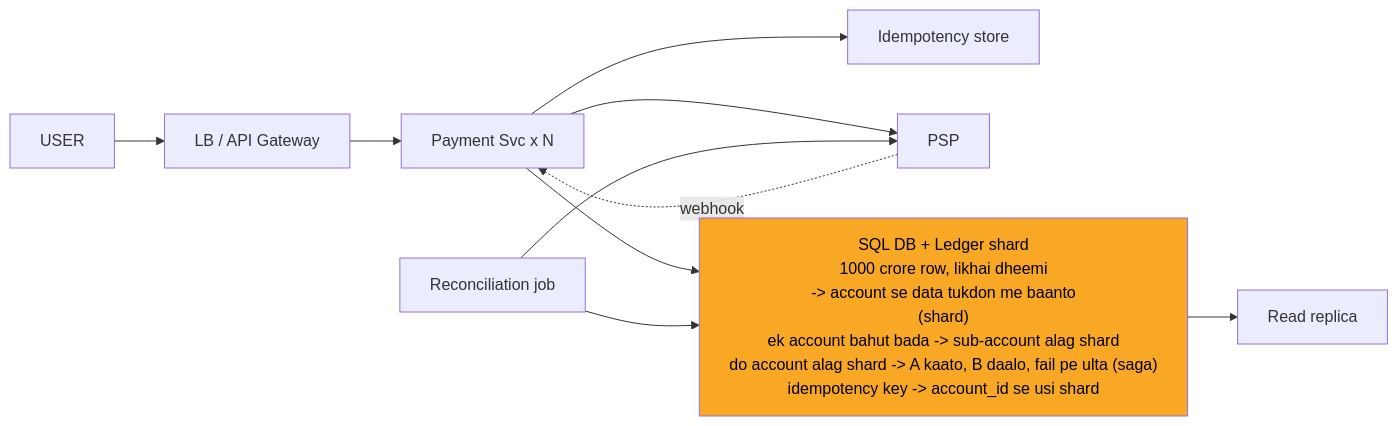
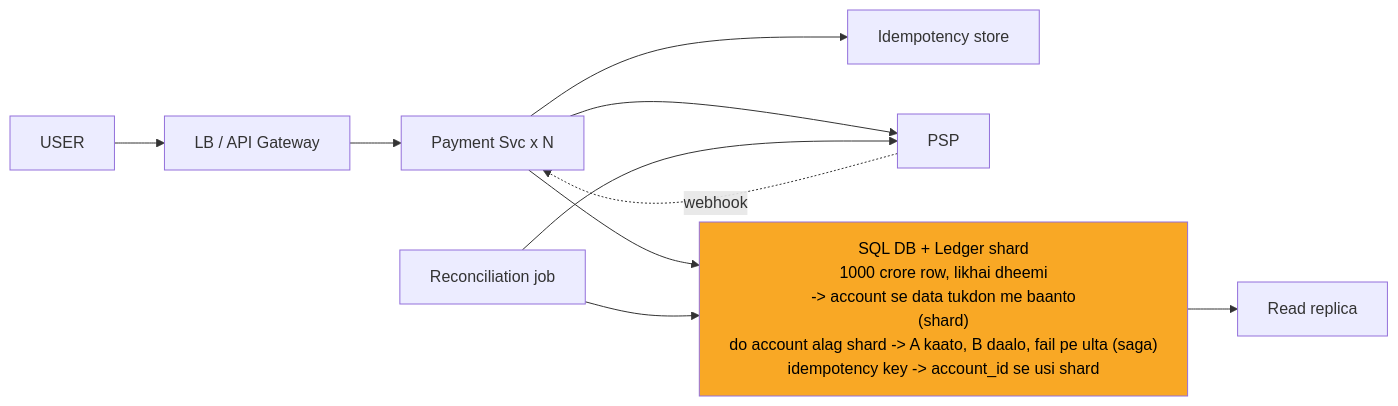
Before and after one commit to ArpanMaheshwari144/Prep: diagram 11 of 12 in 04_HLD/SYSTEM_DESIGNS/06_payment_system/06_payment_system.md, drawn with Mermaid. The commit also changed other lines of this file and 13 other files, not shown here.

````diff
--- a/04_HLD/SYSTEM_DESIGNS/06_payment_system/06_payment_system.md
+++ b/04_HLD/SYSTEM_DESIGNS/06_payment_system/06_payment_system.md
@@ -470,22 +470,22 @@
 ```mermaid
 %%{init: {"flowchart": {"wrappingWidth": 450}}}%%
 flowchart LR
     n_USER["USER"]
     n_LB_API_Gateway["LB / API Gateway"]
     n_Payment_Svc_xN["Payment Svc x N"]
     n_Idempotency_store["Idempotency store"]
     n_PSP["PSP"]
-    n_SQL_DB_shard_by_account_id["SQL DB + Ledger shard<br/>1000 crore row, likhai dheemi<br/>-> account se data tukdon me baanto<br/>(shard)<br/>ek account bahut bada -> sub-account alag shard<br/>do account alag shard -> A kaato, B daalo, fail pe ulta (saga)<br/>idempotency key -> account_id se usi shard"]
+    n_SQL_DB_shard_by_account_id["SQL DB + Ledger shard<br/>1000 crore row, likhai dheemi<br/>-> account se data tukdon me baanto<br/>(shard)<br/>do account alag shard -> A kaato, B daalo, fail pe ulta (saga)<br/>idempotency key -> account_id se usi shard"]
     n_Read_replica["Read replica"]
     n_Reconciliation_job["Reconciliation job"]
     n_USER --> n_LB_API_Gateway
     n_LB_API_Gateway --> n_Payment_Svc_xN
     n_Payment_Svc_xN --> n_Idempotency_store
     n_Payment_Svc_xN --> n_PSP
     n_Payment_Svc_xN --> n_SQL_DB_shard_by_account_id
     n_SQL_DB_shard_by_account_id --> n_Read_replica
     n_Reconciliation_job --> n_SQL_DB_shard_by_account_id
     n_Reconciliation_job --> n_PSP
     n_PSP -.->|webhook| n_Payment_Svc_xN
     style n_SQL_DB_shard_by_account_id fill:#f9a825,color:#000
 ```
````
